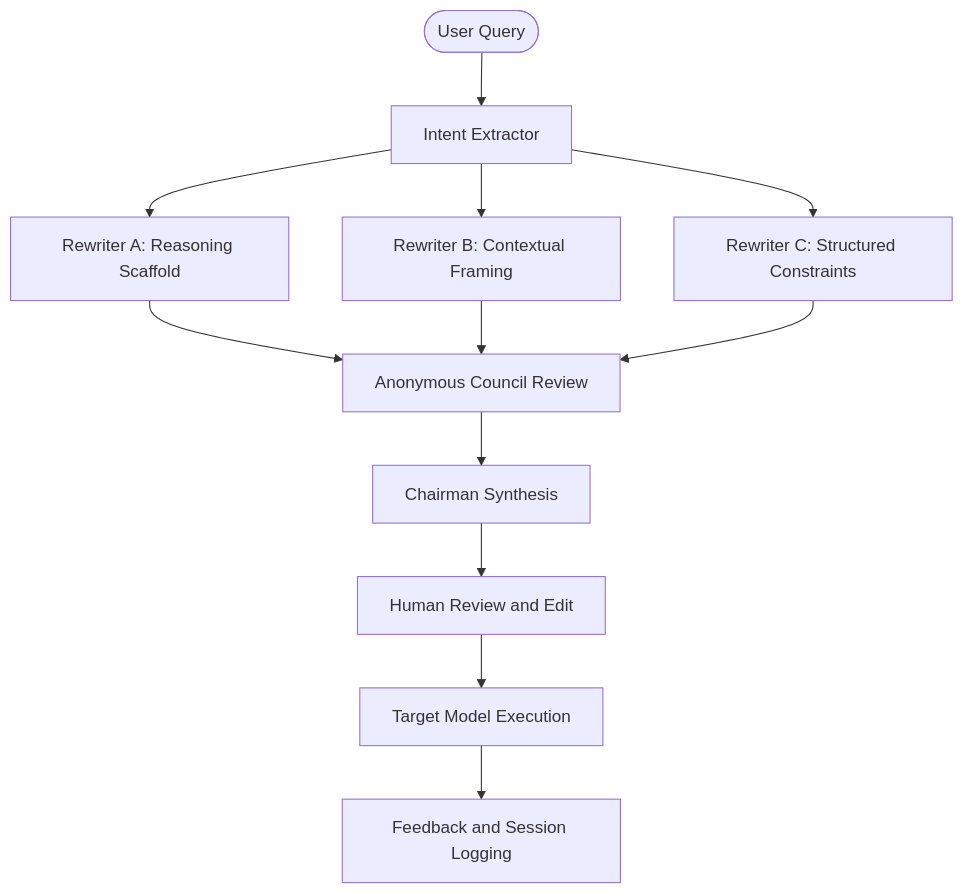
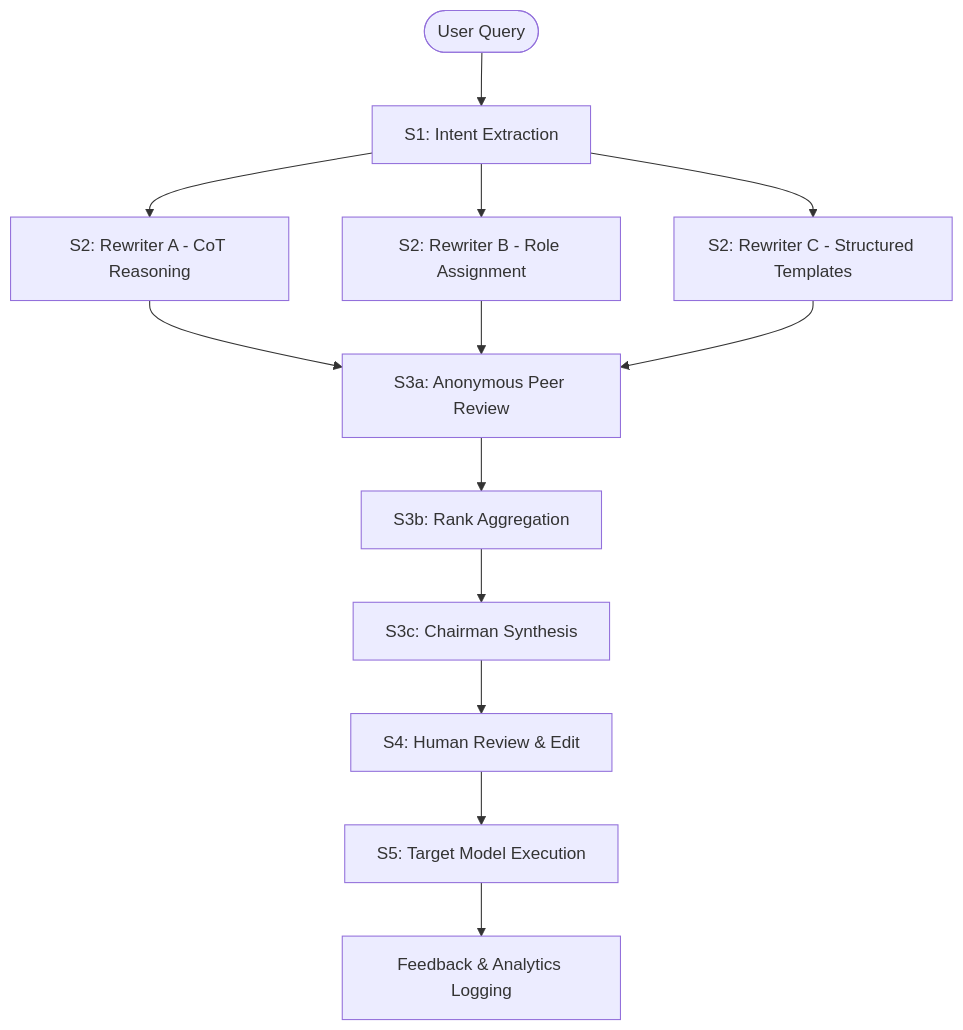
The diagram in README.md (dhruv-1100/PromptConsensus), drawn with Mermaid before and after one commit. The commit also changed other lines of this file, not shown here.

````diff
--- a/README.md
+++ b/README.md
@@ -13,14 +32,15 @@
 ```mermaid
 graph TD
-    User([User Query]) --> Extractor[Intent Extractor]
-    Extractor --> RA[Rewriter A: Reasoning Scaffold]
-    Extractor --> RB[Rewriter B: Contextual Framing]
-    Extractor --> RC[Rewriter C: Structured Constraints]
-    RA --> Council[Anonymous Council Review]
+    User([User Query]) --> S1[S1: Intent Extraction]
+    S1 --> RA[S2: Rewriter A - CoT Reasoning]
+    S1 --> RB[S2: Rewriter B - Role Assignment]
+    S1 --> RC[S2: Rewriter C - Structured Templates]
+    RA --> Council[S3a: Anonymous Peer Review]
     RB --> Council
     RC --> Council
-    Council --> Chairman[Chairman Synthesis]
-    Chairman --> Human[Human Review and Edit]
-    Human --> Execute[Target Model Execution]
-    Execute --> Feedback[Feedback and Session Logging]
+    Council --> Agg[S3b: Rank Aggregation]
+    Agg --> Chairman[S3c: Chairman Synthesis]
+    Chairman --> Human[S4: Human Review & Edit]
+    Human --> Execute[S5: Target Model Execution]
+    Execute --> Feedback[Feedback & Analytics Logging]
 ```
````
